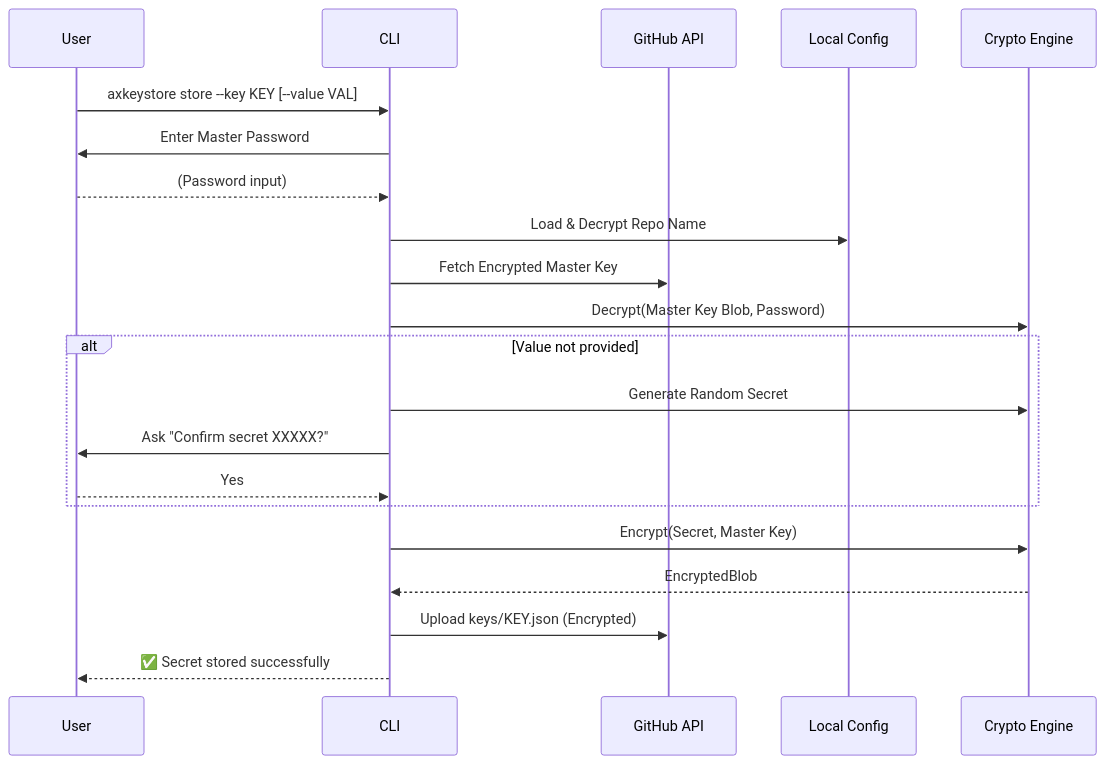
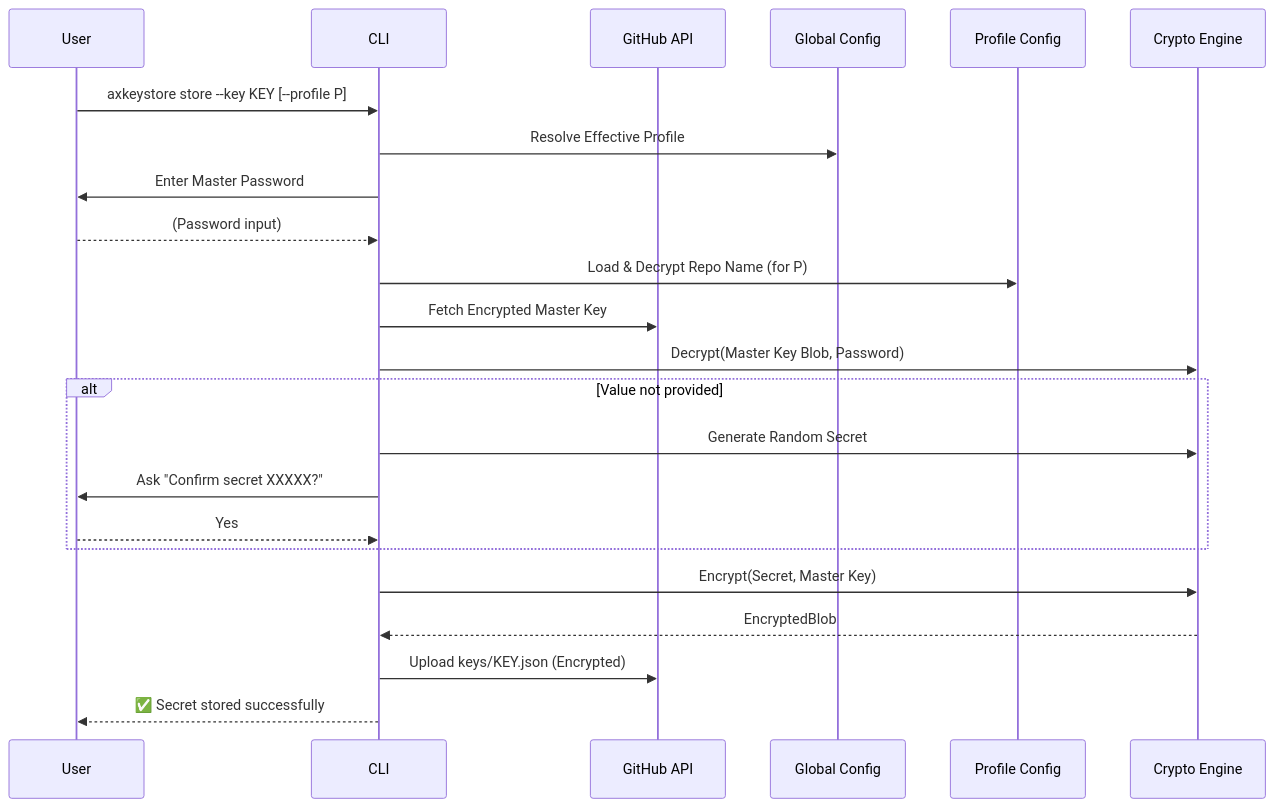
One commit to basilgregory/axkeystore changed the third of 7 diagrams in README.md. Above: the diagram before and after it, drawn with Mermaid. The commit also changed other lines of this file and 5 other files, not shown here.

Commit message:
added muliple profile features. each profile can have own master password and repo.

````diff
--- a/README.md
+++ b/README.md
@@ -229,24 +279,26 @@
 ```mermaid
 sequenceDiagram
     participant U as User
     participant C as CLI
     participant G as GitHub API
-    participant LC as Local Config
+    participant GC as Global Config
+    participant PC as Profile Config
     participant CR as Crypto Engine
 
-    U->>C: axkeystore store --key KEY [--value VAL]
+    U->>C: axkeystore store --key KEY [--profile P]
+    C->>GC: Resolve Effective Profile
     C->>U: Enter Master Password
     U-->>C: (Password input)
-    C->>LC: Load & Decrypt Repo Name
+    C->>PC: Load & Decrypt Repo Name (for P)
     C->>G: Fetch Encrypted Master Key
     C->>CR: Decrypt(Master Key Blob, Password)
     alt Value not provided
         C->>CR: Generate Random Secret
         C->>U: Ask "Confirm secret XXXXX?"
         U-->>C: Yes
     end
     C->>CR: Encrypt(Secret, Master Key)
     CR-->>C: EncryptedBlob
     C->>G: Upload keys/KEY.json (Encrypted)
     C-->>U: ✅ Secret stored successfully
 ```
````
